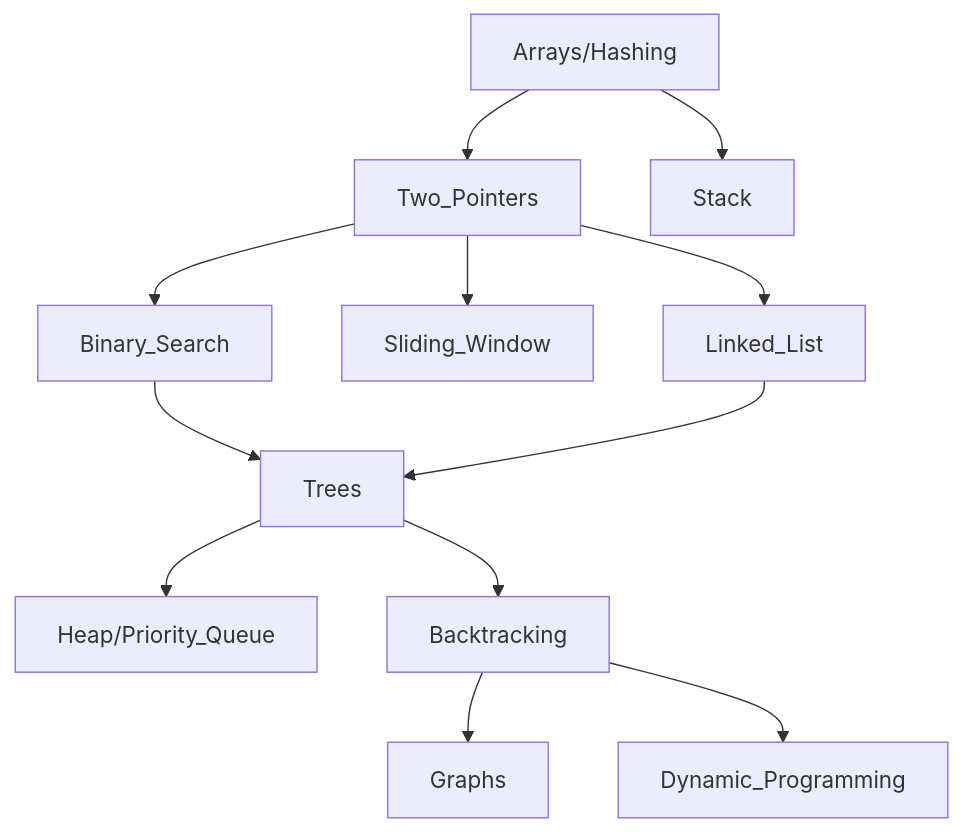
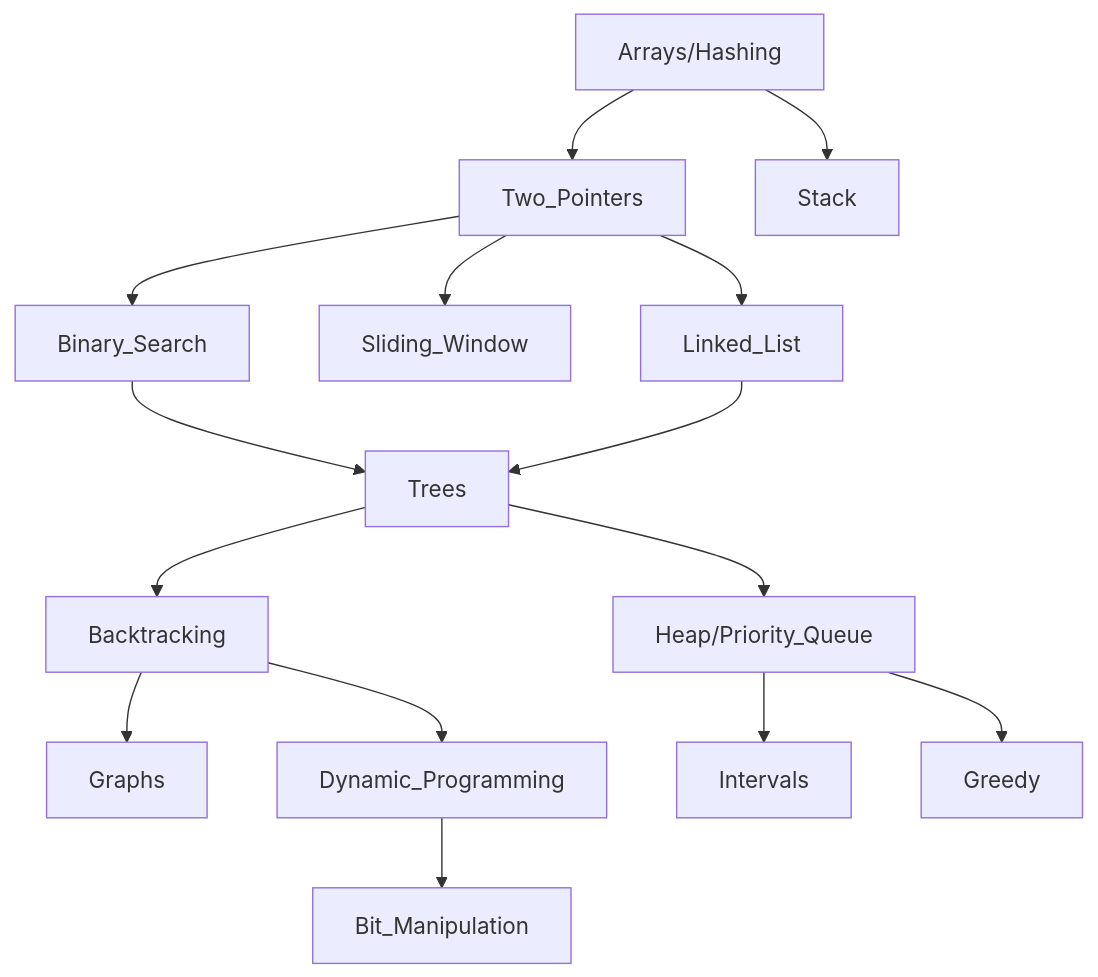
Before and after one commit to codymj/interview-prep: the diagram in technical/00_pre_leetcode/README.md, drawn with Mermaid. The commit also changed other lines of this file, not shown here.

````diff
--- a/technical/00_pre_leetcode/README.md
+++ b/technical/00_pre_leetcode/README.md
@@ -79,14 +71,17 @@
 ```mermaid
 graph TD;
 Arrays/Hashing-->Two_Pointers;
 Arrays/Hashing-->Stack;
 Two_Pointers-->Binary_Search;
 Two_Pointers-->Sliding_Window;
 Two_Pointers-->Linked_List;
 Binary_Search-->Trees;
 Linked_List-->Trees;
 Trees-->Heap/Priority_Queue;
 Trees-->Backtracking;
 Backtracking-->Graphs;
 Backtracking-->Dynamic_Programming;
+Dynamic_Programming-->Bit_Manipulation;
+Heap/Priority_Queue-->Intervals;
+Heap/Priority_Queue-->Greedy;
 ```
````
